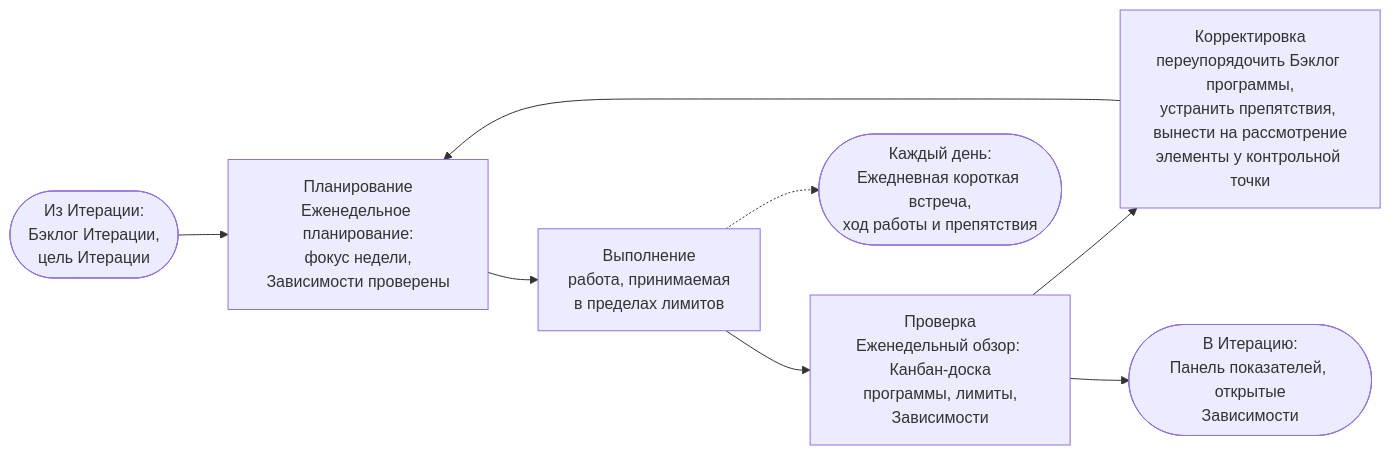
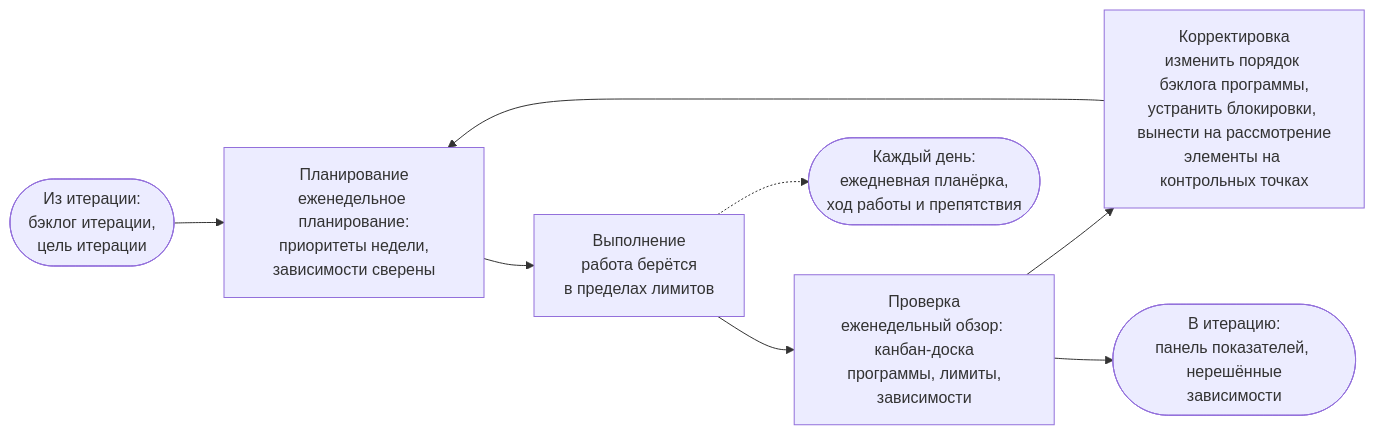
The third of 5 diagrams in portal/content/ru/delivery/the-loops-of-delivery.md (devhogu/ob-aicc), drawn with Mermaid before and after one commit. The commit also changed other lines of this file and 21 other files, not shown here.

````diff
--- a/portal/content/ru/delivery/the-loops-of-delivery.md
+++ b/portal/content/ru/delivery/the-loops-of-delivery.md
@@ -42,10 +42,10 @@
 ```mermaid
 flowchart LR
-  IN(["Из Итерации:<br/>Бэклог Итерации,<br/>цель Итерации"]) --> P["Планирование<br/>Еженедельное планирование:<br/>фокус недели,<br/>Зависимости проверены"]
-  P --> D["Выполнение<br/>работа, принимаемая<br/>в пределах лимитов"]
-  D --> C["Проверка<br/>Еженедельный обзор: Канбан-доска<br/>программы, лимиты,<br/>Зависимости"]
-  C --> A["Корректировка<br/>переупорядочить Бэклог программы,<br/>устранить препятствия, вынести на рассмотрение<br/>элементы у контрольной точки"]
+  IN(["Из итерации:<br/>бэклог итерации,<br/>цель итерации"]) --> P["Планирование<br/>еженедельное планирование:<br/>приоритеты недели,<br/>зависимости сверены"]
+  P --> D["Выполнение<br/>работа берётся<br/>в пределах лимитов"]
+  D --> C["Проверка<br/>еженедельный обзор: канбан-доска<br/>программы, лимиты,<br/>зависимости"]
+  C --> A["Корректировка<br/>изменить порядок бэклога программы,<br/>устранить блокировки, вынести на рассмотрение<br/>элементы на контрольных точках"]
   A --> P
-  D -.-> DAY(["Каждый день:<br/>Ежедневная короткая встреча,<br/>ход работы и препятствия"])
-  C --> UP(["В Итерацию:<br/>Панель показателей, открытые<br/>Зависимости"])
+  D -.-> DAY(["Каждый день:<br/>ежедневная планёрка,<br/>ход работы и препятствия"])
+  C --> UP(["В итерацию:<br/>панель показателей, нерешённые<br/>зависимости"])
 ```
````
